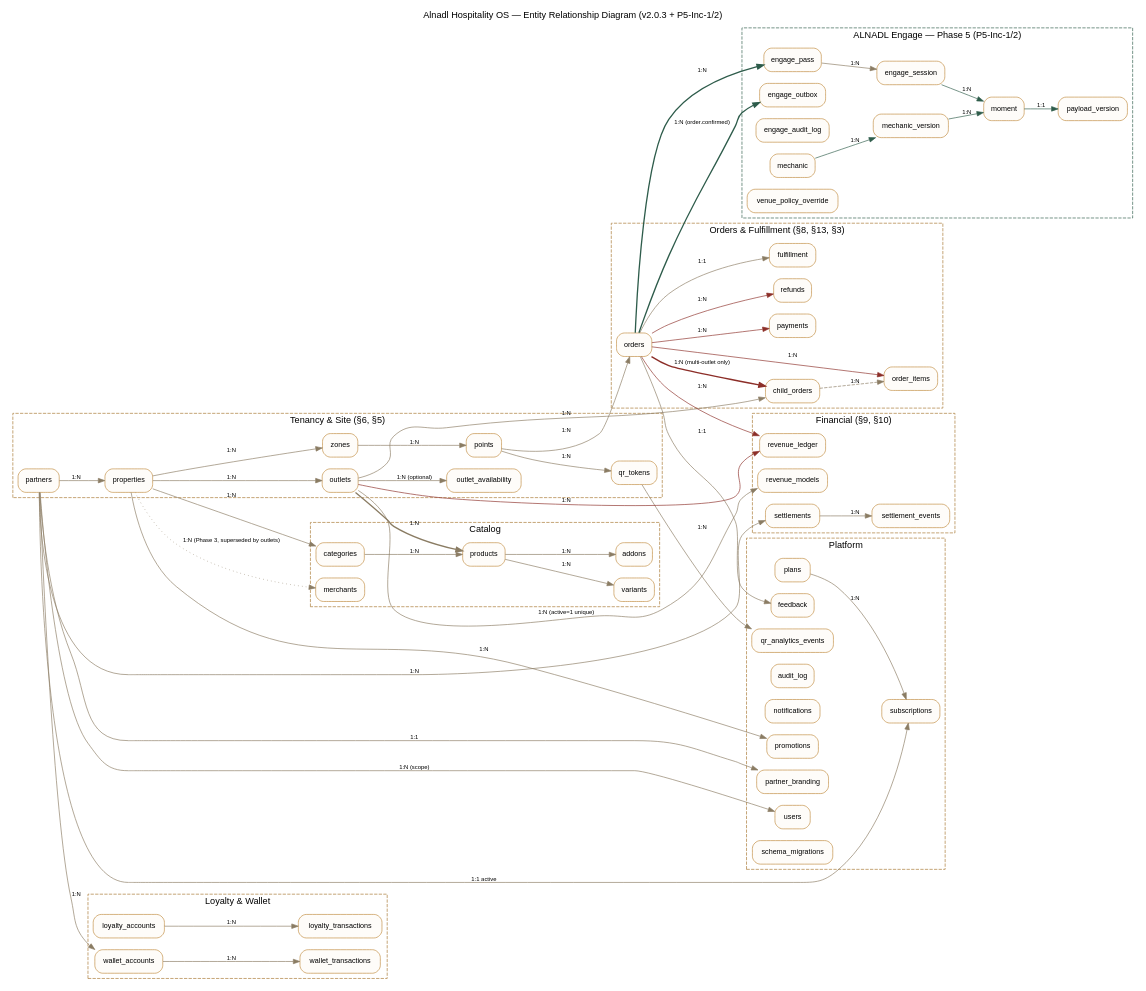
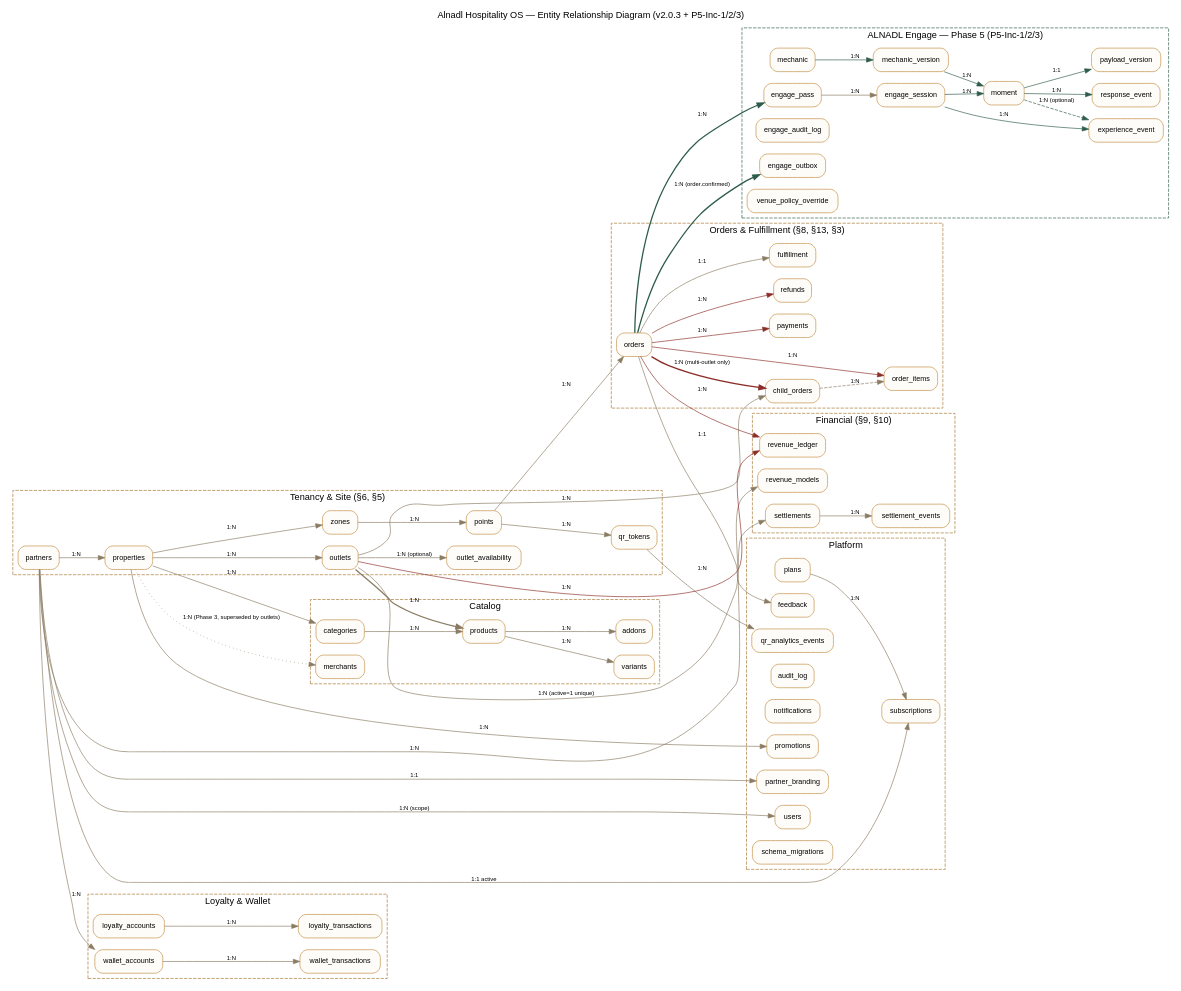
The diagram in docs/erd.dot (owaidh/alnadl-os), drawn with Graphviz before and after one commit. The commit also changed 12 other files, not shown here.

First line of the commit message:
P5-Inc-3: Experience Ledger + Customer/Engage Events + Admin/Partner Visibility

```diff
--- a/docs/erd.dot
+++ b/docs/erd.dot
@@ -1,91 +1,96 @@
 // docs/erd.dot — Entity Relationship Diagram (Q15).
 // Generated by hand from db.js's actual CREATE TABLE statements, grouped
 // into logical clusters for readability. Regenerate the PNG with:
 //   dot -Tpng docs/erd.dot -o docs/erd.png
 digraph ERD {
   rankdir=LR;
   node [shape=box, style="rounded,filled", fillcolor="#FEFCF9", color="#C08A3E", fontname="Helvetica", fontsize=11];
   edge [fontname="Helvetica", fontsize=9, color="#8A7C63"];
-  graph [fontname="Helvetica", fontsize=14, labelloc=t, label="Alnadl Hospitality OS — Entity Relationship Diagram (v2.0.3 + P5-Inc-1/2)"];
+  graph [fontname="Helvetica", fontsize=14, labelloc=t, label="Alnadl Hospitality OS — Entity Relationship Diagram (v2.0.3 + P5-Inc-1/2/3)"];
 
   subgraph cluster_tenancy {
     label="Tenancy & Site (§6, §5)"; style=dashed; color="#A6752F";
     partners; properties; zones; points; qr_tokens; outlets; outlet_availability;
   }
   subgraph cluster_catalog {
     label="Catalog"; style=dashed; color="#A6752F";
     categories; products; variants; addons; merchants;
   }
   subgraph cluster_orders {
     label="Orders & Fulfillment (§8, §13, §3)"; style=dashed; color="#A6752F";
     orders; order_items; child_orders; payments; refunds; fulfillment;
   }
   subgraph cluster_financial {
     label="Financial (§9, §10)"; style=dashed; color="#A6752F";
     revenue_models; revenue_ledger; settlements; settlement_events;
   }
   subgraph cluster_loyalty {
     label="Loyalty & Wallet"; style=dashed; color="#A6752F";
     loyalty_accounts; loyalty_transactions; wallet_accounts; wallet_transactions;
   }
   subgraph cluster_engage {
-    label="ALNADL Engage — Phase 5 (P5-Inc-1/2)"; style=dashed; color="#2E5C4B";
+    label="ALNADL Engage — Phase 5 (P5-Inc-1/2/3)"; style=dashed; color="#2E5C4B";
     engage_pass; engage_session; engage_outbox; engage_audit_log;
     mechanic; mechanic_version; moment; payload_version; venue_policy_override;
+    experience_event; response_event;
   }
 
   subgraph cluster_platform {
     label="Platform"; style=dashed; color="#A6752F";
     plans; subscriptions; partner_branding; users; audit_log; notifications;
     promotions; feedback; qr_analytics_events; schema_migrations;
   }
+
+  engage_session -> experience_event [label="1:N", color="#2E5C4B"];
+  moment -> experience_event [label="1:N (optional)", color="#2E5C4B", style=dashed];
+  moment -> response_event [label="1:N", color="#2E5C4B"];
 
   engage_session -> moment [label="1:N", color="#2E5C4B"];
   moment -> payload_version [label="1:1", color="#2E5C4B"];
   mechanic -> mechanic_version [label="1:N", color="#2E5C4B"];
   mechanic_version -> moment [label="1:N", color="#2E5C4B"];
 
   orders -> engage_outbox [label="1:N (order.confirmed)", color="#2E5C4B", style=bold];
   orders -> engage_pass [label="1:N", color="#2E5C4B", style=bold];
   engage_pass -> engage_session [label="1:N"];
 
   partners -> properties [label="1:N"];
   properties -> zones [label="1:N"];
   zones -> points [label="1:N"];
   points -> qr_tokens [label="1:N"];
   properties -> outlets [label="1:N"];
   outlets -> outlet_availability [label="1:N (optional)"];
   properties -> categories [label="1:N"];
   categories -> products [label="1:N"];
   outlets -> products [label="1:N", style=bold];
   products -> variants [label="1:N"];
   products -> addons [label="1:N"];
   properties -> merchants [label="1:N (Phase 3, superseded by outlets)", style=dotted];
 
   points -> orders [label="1:N"];
   orders -> order_items [label="1:N", color="#8C2E28"];
   orders -> child_orders [label="1:N (multi-outlet only)", style=bold, color="#8C2E28"];
   child_orders -> order_items [label="1:N", style=dashed];
   outlets -> child_orders [label="1:N"];
   orders -> payments [label="1:N", color="#8C2E28"];
   orders -> refunds [label="1:N", color="#8C2E28"];
   orders -> fulfillment [label="1:1"];
 
   outlets -> revenue_models [label="1:N (active=1 unique)"];
   orders -> revenue_ledger [label="1:N", color="#8C2E28"];
   outlets -> revenue_ledger [label="1:N", color="#8C2E28"];
   partners -> settlements [label="1:N"];
   settlements -> settlement_events [label="1:N"];
 
   loyalty_accounts -> loyalty_transactions [label="1:N"];
   partners -> wallet_accounts [label="1:N"];
   wallet_accounts -> wallet_transactions [label="1:N"];
 
   plans -> subscriptions [label="1:N"];
   partners -> subscriptions [label="1:1 active"];
   partners -> partner_branding [label="1:1"];
   partners -> users [label="1:N (scope)"];
   qr_tokens -> qr_analytics_events [label="1:N"];
   properties -> promotions [label="1:N"];
   orders -> feedback [label="1:1"];
 }
```
